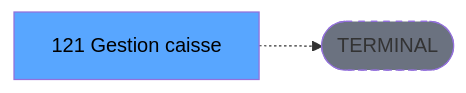
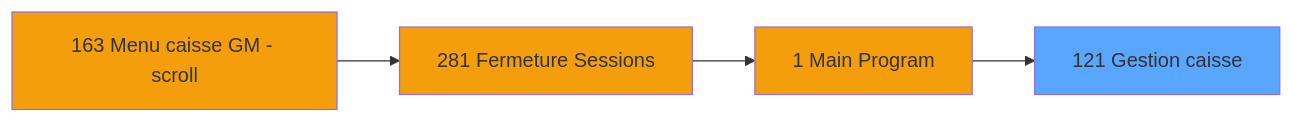
One commit to thonyAGP/magic-migration changed the second of 3 diagrams in .openspec/specs/ADH-IDE-121.md. Above: the diagram before and after it, drawn with Mermaid. The commit also changed other lines of this file and 26 other files, not shown here.

````diff
--- a/.openspec/specs/ADH-IDE-121.md
+++ b/.openspec/specs/ADH-IDE-121.md
@@ -155,8 +259,14 @@
 ```mermaid
 graph LR
-    T[121 Gestion caisse]
-    TERM([TERMINAL])
-    T -.-> TERM
-    style TERM fill:#6b7280,stroke-dasharray: 5 5
-    style T fill:#58a6ff,color:#000
+    T121[121 Gestion caisse]
+    style T121 fill:#58a6ff
+    CC163[163 Menu caisse GM - scroll]
+    style CC163 fill:#f59e0b
+    CC281[281 Fermeture Sessions]
+    style CC281 fill:#f59e0b
+    CC163 --> CC281
+    CC1[1 Main Program]
+    style CC1 fill:#f59e0b
+    CC281 --> CC1
+    CC1 --> T121
 ```
````
